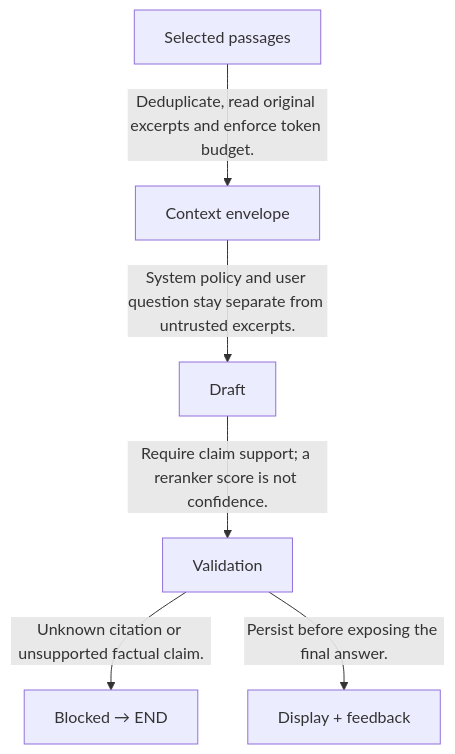
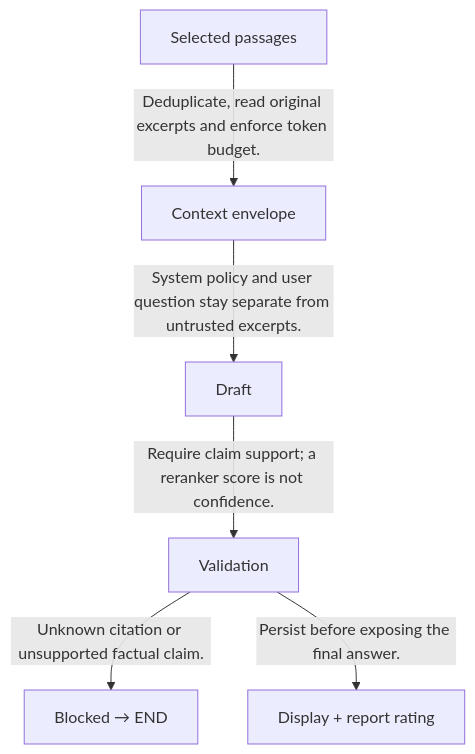
One commit to ByronHo68/ai-learning-academy changed the fifth of 11 diagrams in docs/FINANCIAL_REPORT_DEVELOPMENT_PROPOSAL.md. Above: the diagram before and after it, drawn with Mermaid. The commit also changed other lines of this file and 58 other files, not shown here.

````diff
--- a/docs/FINANCIAL_REPORT_DEVELOPMENT_PROPOSAL.md
+++ b/docs/FINANCIAL_REPORT_DEVELOPMENT_PROPOSAL.md
@@ -2111,14 +2163,14 @@
 ```mermaid
 flowchart TD
   n0["Selected passages"]
   n1["Context envelope"]
   n2["Draft"]
   n3["Validation"]
   n4["Blocked → END"]
-  n5["Display + feedback"]
+  n5["Display + report rating"]
   n0 -->|"Deduplicate, read original excerpts and enforce token budget."| n1
   n1 -->|"System policy and user question stay separate from untrusted excerpts."| n2
   n2 -->|"Require claim support; a reranker score is not confidence."| n3
   n3 -->|"Unknown citation or unsupported factual claim."| n4
   n3 -->|"Persist before exposing the final answer."| n5
 ```
````
